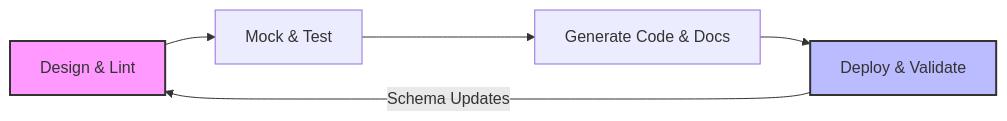
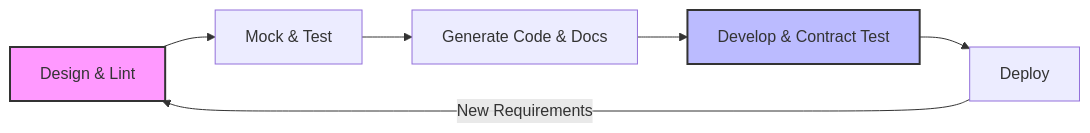
The diagram in docs/industry-terms/spec-driven-development.md (vaishvanara/techwritingkb), drawn with Mermaid before and after one commit. The commit also changed other lines of this file and 51 other files, not shown here.

````diff
--- a/docs/industry-terms/spec-driven-development.md
+++ b/docs/industry-terms/spec-driven-development.md
@@ -43,9 +43,10 @@
 ```mermaid
 graph LR
     A[Design & Lint] --> B[Mock & Test]
     B --> C[Generate Code & Docs]
-    C --> D[Deploy & Validate]
-    D -->|Schema Updates| A
+    C --> D[Develop & Contract Test]
+    D --> E[Deploy]
+    E -->|New Requirements| A
     style A fill:#f9f,stroke:#333,stroke-width:2px
     style D fill:#bbf,stroke:#333,stroke-width:2px
 ```
````
